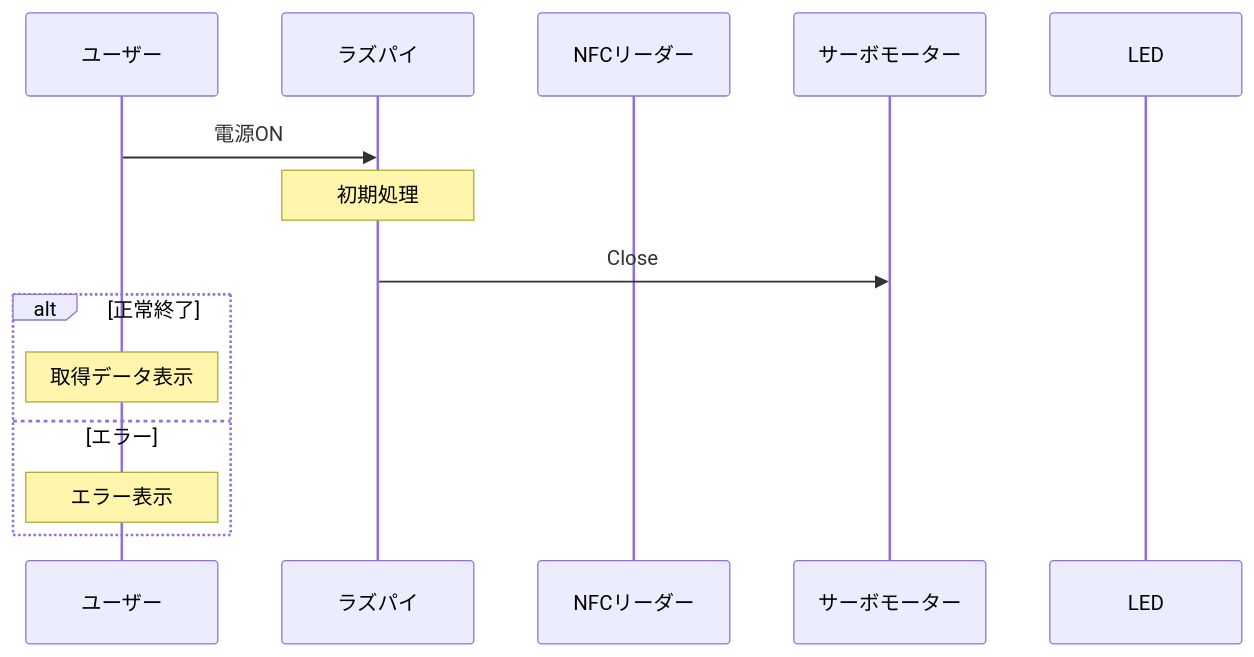
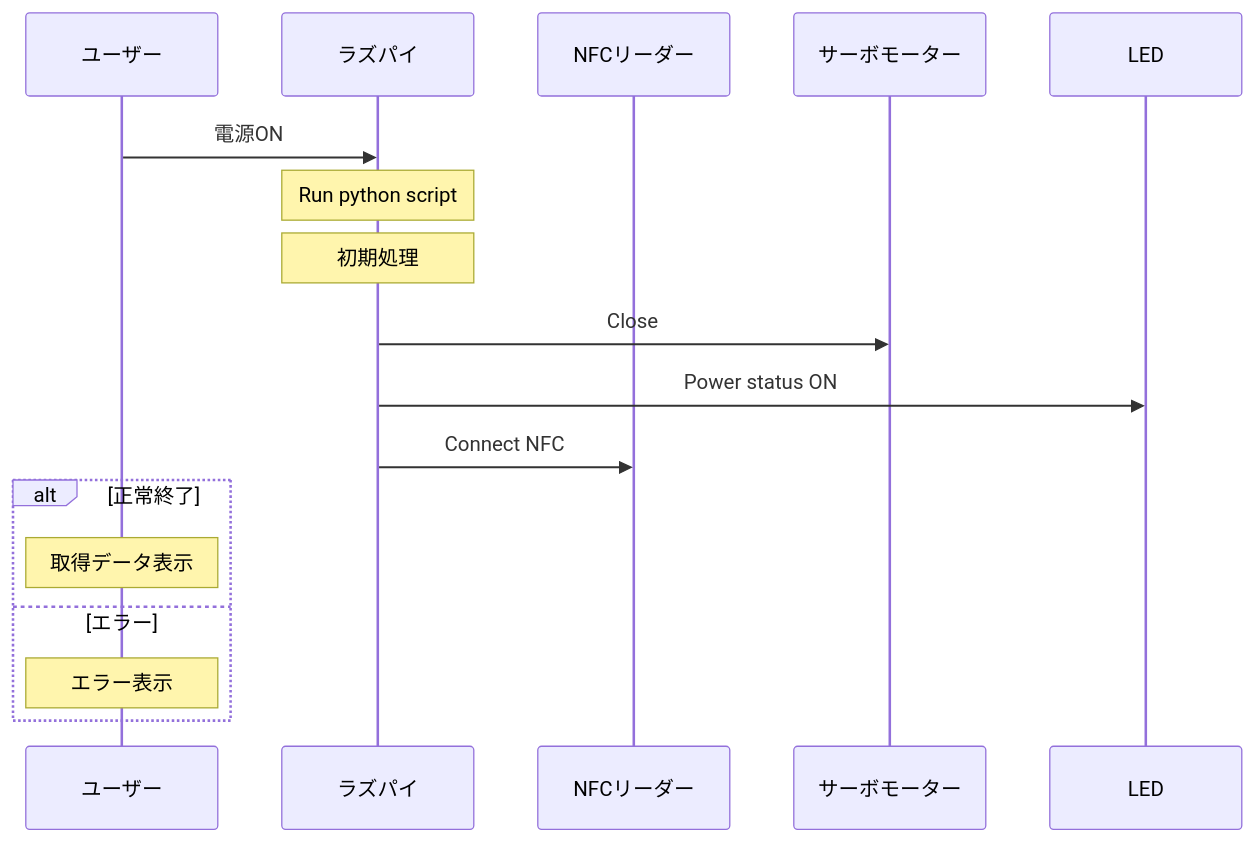
The second of 2 diagrams in memo/SystemMEMO.md (YUKI-SOKENDAI/SmartLock), drawn with Mermaid before and after one commit.

````diff
--- a/memo/SystemMEMO.md
+++ b/memo/SystemMEMO.md
@@ -63,21 +63,24 @@
 ```mermaid
 sequenceDiagram
     participant user as ユーザー
     participant raspi as ラズパイ
     participant nfc as NFCリーダー
     participant servo as サーボモーター
     participant led as LED
     
     # hoge
     user->>raspi: 電源ON
+    Note over raspi : Run python script
     Note over raspi : 初期処理
     raspi->>servo: Close
+    raspi->>led: Power status ON
+    raspi->>nfc: Connect NFC
     #raspi-->>user: こんにちは！！
     
     # hoge
     alt 正常終了
         Note over user : 取得データ表示
     else エラー
         Note over user : エラー表示
     end
 ```
````
